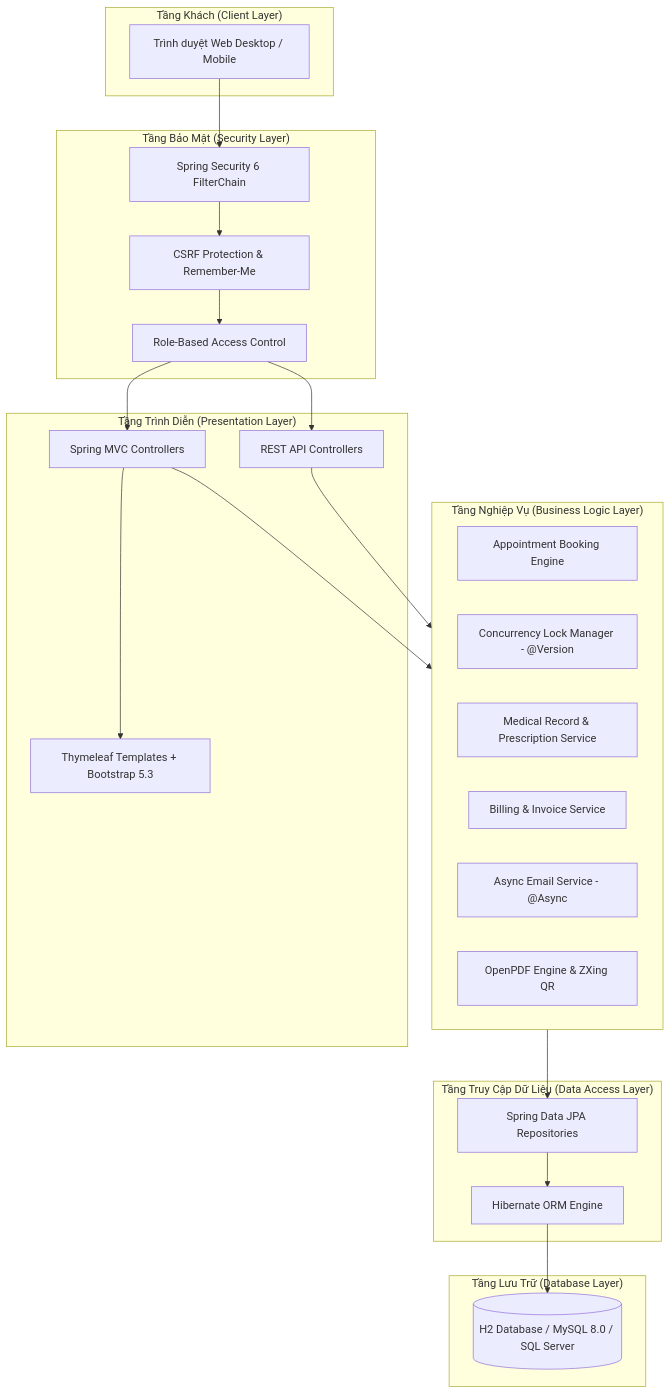
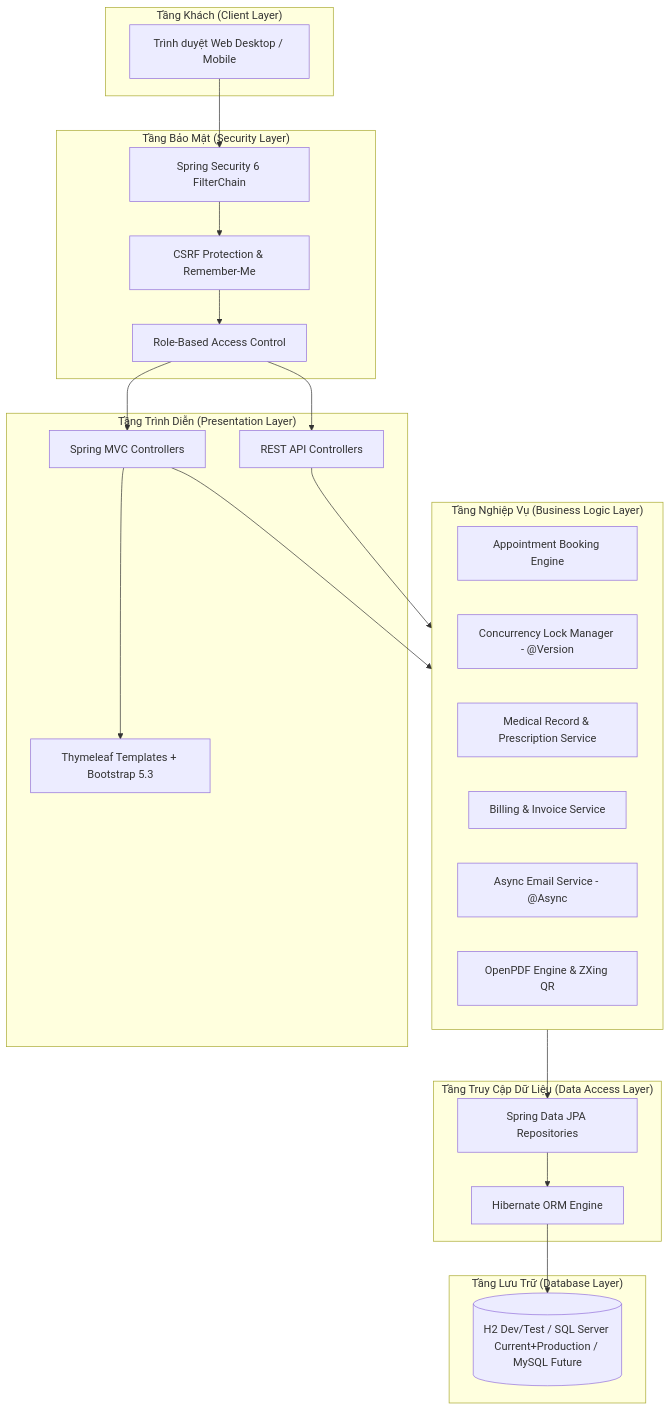
The diagram in docs/05_SYSTEM_ARCHITECTURE.md (tranducanhyn99-prog/medclinic-system), drawn with Mermaid before and after one commit. The commit also changed other lines of this file and 141 other files, not shown here.

First line of the commit message:
feat: củng cố luồng nghiệp vụ và mức sẵn sàng SQL Server

````diff
--- a/docs/05_SYSTEM_ARCHITECTURE.md
+++ b/docs/05_SYSTEM_ARCHITECTURE.md
@@ -12,48 +12,48 @@
 ```mermaid
 graph TD
     subgraph Client ["Tầng Khách (Client Layer)"]
         Browser[Trình duyệt Web Desktop / Mobile]
     end
 
     subgraph Security ["Tầng Bảo Mật (Security Layer)"]
         Filter[Spring Security 6 FilterChain]
         CSRF[CSRF Protection & Remember-Me]
         RBAC[Role-Based Access Control]
     end
 
     subgraph Web ["Tầng Trình Diễn (Presentation Layer)"]
         Ctrl[Spring MVC Controllers]
         RestCtrl[REST API Controllers]
         Views[Thymeleaf Templates + Bootstrap 5.3]
     end
 
     subgraph Service ["Tầng Nghiệp Vụ (Business Logic Layer)"]
         AppSvc[Appointment Booking Engine]
         LockMgr[Concurrency Lock Manager - @Version]
         MedSvc[Medical Record & Prescription Service]
         InvSvc[Billing & Invoice Service]
         MailSvc[Async Email Service - @Async]
         PdfSvc[OpenPDF Engine & ZXing QR]
     end
 
     subgraph Data ["Tầng Truy Cập Dữ Liệu (Data Access Layer)"]
         JPA[Spring Data JPA Repositories]
         Hibernate[Hibernate ORM Engine]
     end
 
     subgraph Storage ["Tầng Lưu Trữ (Database Layer)"]
-        DB[(H2 Database / MySQL 8.0 / SQL Server)]
+        DB[(H2 Dev/Test / SQL Server Current+Production / MySQL Future)]
     end
 
     Browser --> Filter
     Filter --> CSRF
     CSRF --> RBAC
     RBAC --> Ctrl
     RBAC --> RestCtrl
     Ctrl --> Views
     Ctrl --> Service
     RestCtrl --> Service
     Service --> JPA
     JPA --> Hibernate
     Hibernate --> DB
 ```
````
